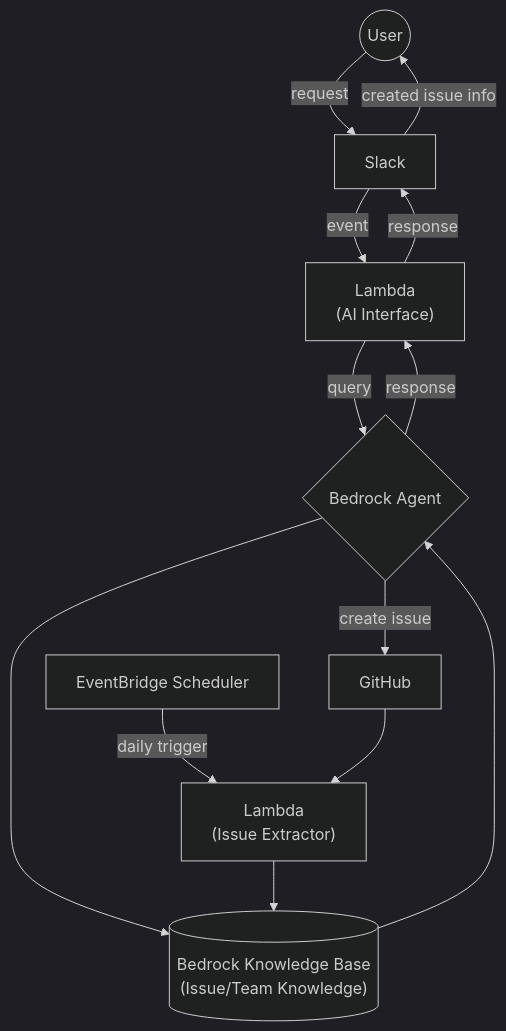
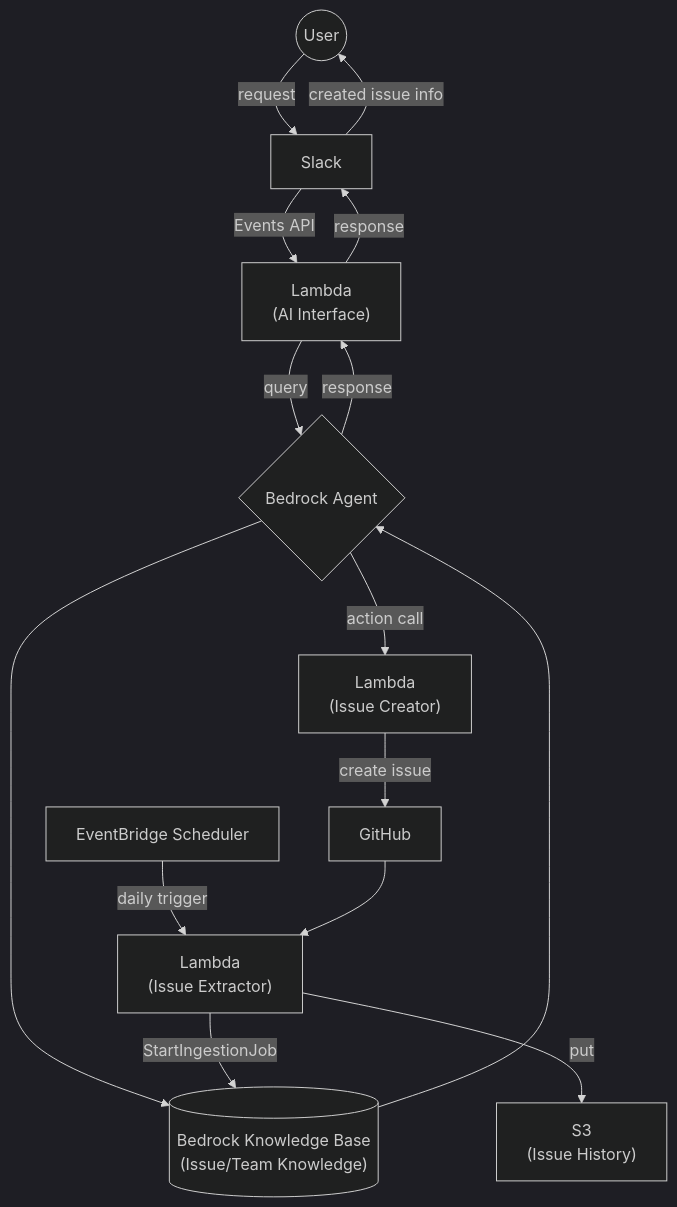
The first of 3 diagrams in DESIGN.md (nangashi/ai-test), drawn with Mermaid (dark theme) before and after one commit. The commit also changed other lines of this file, not shown here.

````diff
--- a/DESIGN.md
+++ b/DESIGN.md
@@ -17,16 +17,18 @@
 ```mermaid
 graph TD
     A((User)) -->|request| B[Slack]
-    B -->|event| C["Lambda<br/>(AI Interface)"]
+    B -->|Events API| C["Lambda<br/>(AI Interface)"]
     C -->|query| D{Bedrock Agent}
     D --> E[("Bedrock Knowledge Base<br/>(Issue/Team Knowledge)")]
     E --> D
-    D -->|create issue| F[GitHub]
+    D -->|action call| I["Lambda<br/>(Issue Creator)"]
+    I -->|create issue| F[GitHub]
     D -->|response| C
     C -->|response| B
     B -->|created issue info| A
 
     H[EventBridge Scheduler] -->|daily trigger| G["Lambda<br/>(Issue Extractor)"]
     F --> G
-    G --> E
+    G -->|put| J["S3<br/>(Issue History)"]
+    G -->|StartIngestionJob| E
 ```
````
